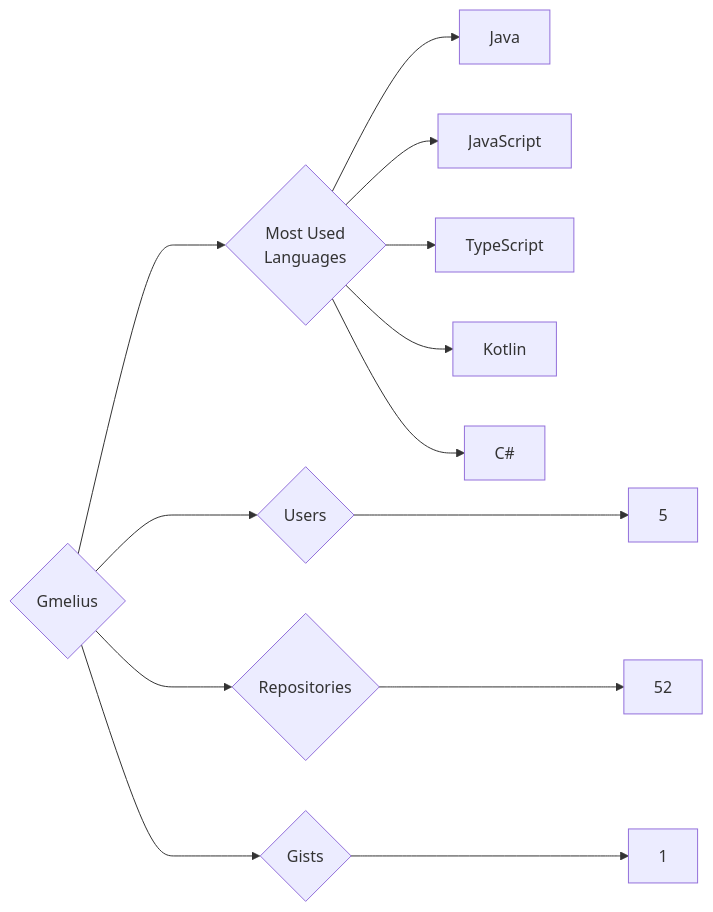
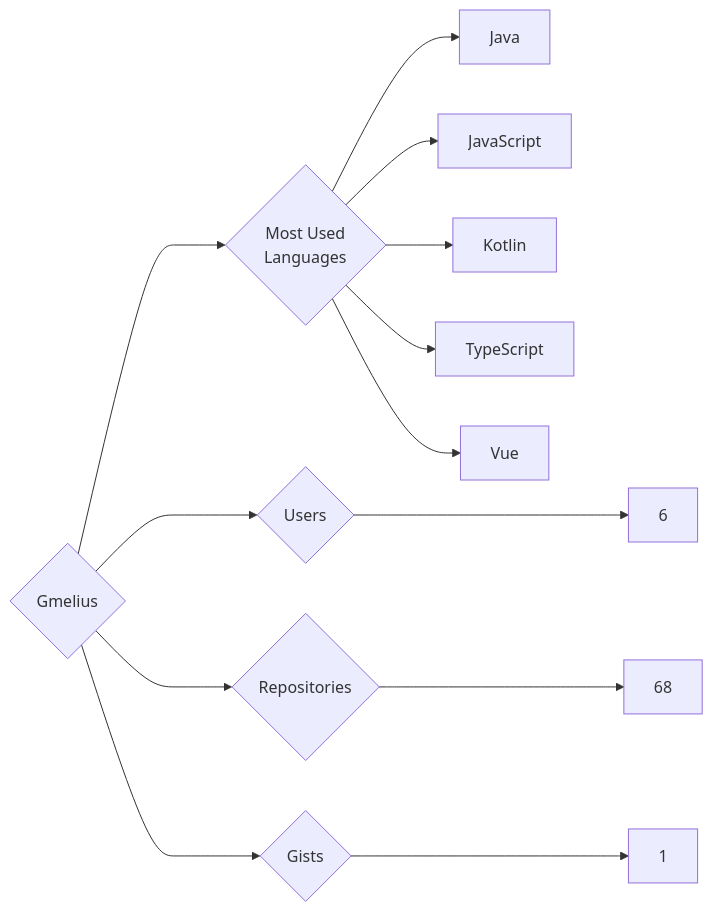
Before and after one commit to trickest/insiders: the diagram in targets/Gmelius/README.md, drawn with Mermaid. The commit also changed 814 other files, not shown here.

````diff
--- a/targets/Gmelius/README.md
+++ b/targets/Gmelius/README.md
@@ -3,13 +3,13 @@
 ```mermaid
 graph LR
 COMPANY_NAME{Gmelius}
-COMPANY_NAME ---> U{Users} ---> UN[5]
-COMPANY_NAME ---> R{Repositories} ---> RN[52]
+COMPANY_NAME ---> U{Users} ---> UN[6]
+COMPANY_NAME ---> R{Repositories} ---> RN[68]
 COMPANY_NAME ---> G{Gists} ---> GN[1]
 COMPANY_NAME ---> ML{Most Used<br>Languages}
 ML --> Java[Java]
 ML --> JavaScript[JavaScript]
+ML --> Kotlin[Kotlin]
 ML --> TypeScript[TypeScript]
-ML --> Kotlin[Kotlin]
-ML --> C#[C#]
+ML --> Vue[Vue]
 ```
````
